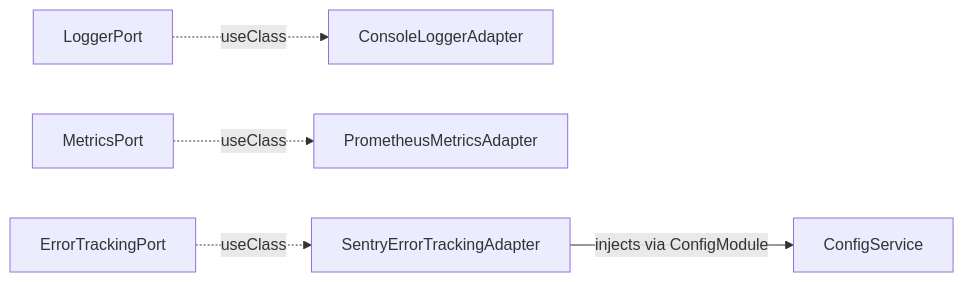
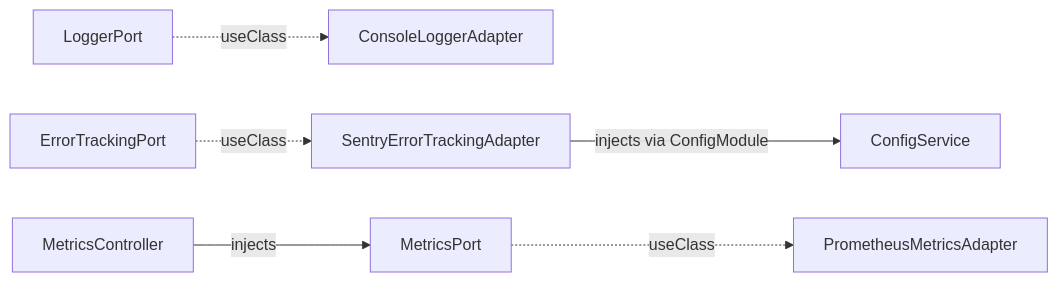
One commit to ashrafemon/ddd-boilerplate changed diagram 15 of 22 in docs/DI-WIRING.md. Above: the diagram before and after it, drawn with Mermaid. The commit also changed other lines of this file and 116 other files, not shown here.

````diff
--- a/docs/DI-WIRING.md
+++ b/docs/DI-WIRING.md
@@ -632,14 +648,16 @@
 ```mermaid
 flowchart LR
     LoggerPort["LoggerPort"]
     ConsoleLoggerAdapter["ConsoleLoggerAdapter"]
     LoggerPort -.->|useClass| ConsoleLoggerAdapter
     MetricsPort["MetricsPort"]
     PrometheusMetricsAdapter["PrometheusMetricsAdapter"]
     MetricsPort -.->|useClass| PrometheusMetricsAdapter
     ErrorTrackingPort["ErrorTrackingPort"]
     SentryErrorTrackingAdapter["SentryErrorTrackingAdapter"]
     ErrorTrackingPort -.->|useClass| SentryErrorTrackingAdapter
+    MetricsController["MetricsController"]
+    MetricsController -->|injects| MetricsPort
     ConfigService["ConfigService"]
     SentryErrorTrackingAdapter -->|injects via ConfigModule| ConfigService
 ```
````
